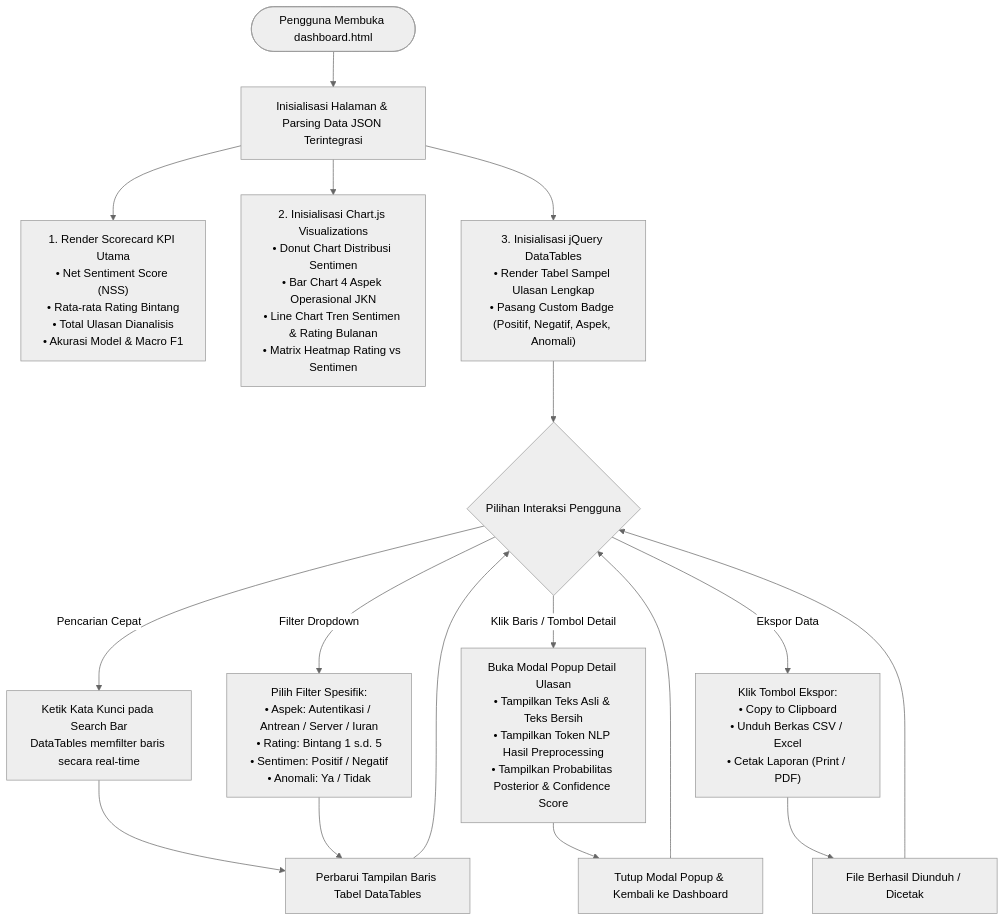
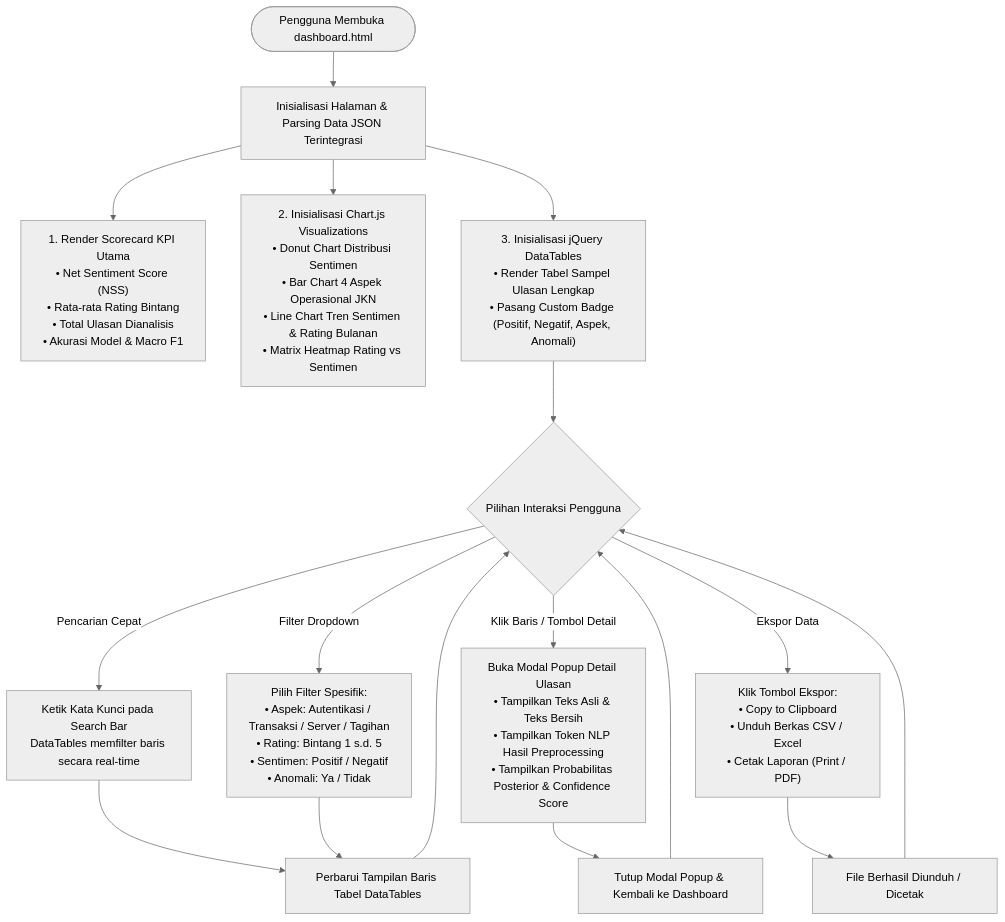
Before and after one commit to presidendjakarta/Binus-s2-Business-Intelligence-and-Analytics-TK: the sixth of 6 diagrams in docs/03_flowchart_dan_arsitektur.md, drawn with Mermaid (neutral theme). The commit also changed other lines of this file and 57 other files, not shown here.

````diff
--- a/docs/03_flowchart_dan_arsitektur.md
+++ b/docs/03_flowchart_dan_arsitektur.md
@@ -189,24 +189,24 @@
 ```mermaid
 flowchart TD
     StartUI([Pengguna Membuka dashboard.html]) --> Load["Inisialisasi Halaman & Parsing Data JSON Terintegrasi"]
     
     Load --> RenderKPI["1. Render Scorecard KPI Utama<br>• Net Sentiment Score (NSS)<br>• Rata-rata Rating Bintang<br>• Total Ulasan Dianalisis<br>• Akurasi Model & Macro F1"]
     Load --> RenderCharts["2. Inisialisasi Chart.js Visualizations<br>• Donut Chart Distribusi Sentimen<br>• Bar Chart 4 Aspek Operasional JKN<br>• Line Chart Tren Sentimen & Rating Bulanan<br>• Matrix Heatmap Rating vs Sentimen"]
     Load --> RenderDT["3. Inisialisasi jQuery DataTables<br>• Render Tabel Sampel Ulasan Lengkap<br>• Pasang Custom Badge (Positif, Negatif, Aspek, Anomali)"]
 
     RenderDT --> UserAction{"Pilihan Interaksi Pengguna"}
 
     UserAction -->|"Pencarian Cepat"| Act1["Ketik Kata Kunci pada Search Bar<br>DataTables memfilter baris secara real-time"]
-    UserAction -->|"Filter Dropdown"| Act2["Pilih Filter Spesifik:<br>• Aspek: Autentikasi / Antrean / Server / Iuran<br>• Rating: Bintang 1 s.d. 5<br>• Sentimen: Positif / Negatif<br>• Anomali: Ya / Tidak"]
+    UserAction -->|"Filter Dropdown"| Act2["Pilih Filter Spesifik:<br>• Aspek: Autentikasi / Transaksi / Server / Tagihan<br>• Rating: Bintang 1 s.d. 5<br>• Sentimen: Positif / Negatif<br>• Anomali: Ya / Tidak"]
     UserAction -->|"Klik Baris / Tombol Detail"| Act3["Buka Modal Popup Detail Ulasan<br>• Tampilkan Teks Asli & Teks Bersih<br>• Tampilkan Token NLP Hasil Preprocessing<br>• Tampilkan Probabilitas Posterior & Confidence Score"]
     UserAction -->|"Ekspor Data"| Act4["Klik Tombol Ekspor:<br>• Copy to Clipboard<br>• Unduh Berkas CSV / Excel<br>• Cetak Laporan (Print / PDF)"]
 
     Act1 --> UpdateTable["Perbarui Tampilan Baris Tabel DataTables"]
     Act2 --> UpdateTable
     Act3 --> CloseModal["Tutup Modal Popup & Kembali ke Dashboard"]
     Act4 --> FinishAction["File Berhasil Diunduh / Dicetak"]
 
     UpdateTable --> UserAction
     CloseModal --> UserAction
     FinishAction --> UserAction
 ```
````
